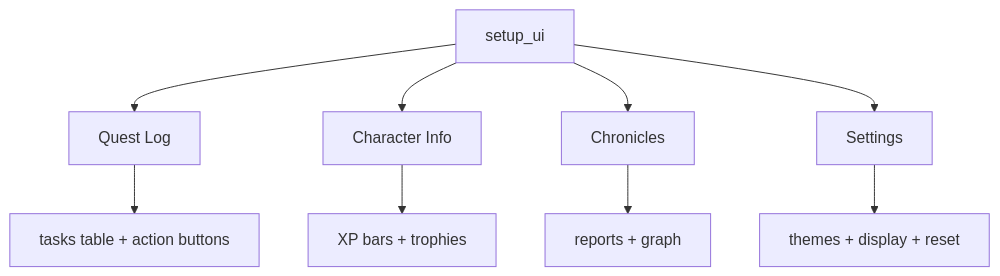
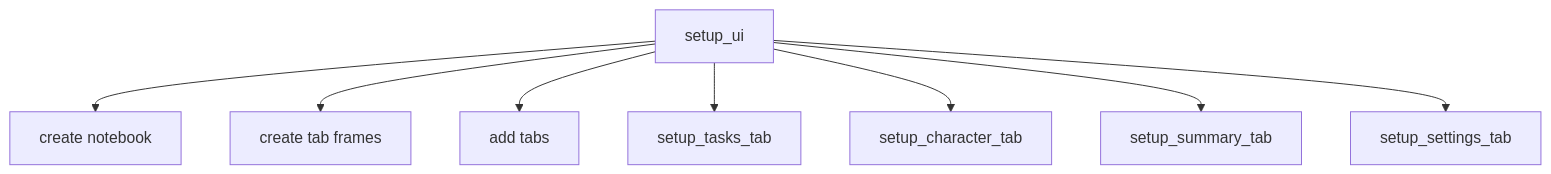
One commit to nimbold/LifeXP changed the fourth of 30 diagrams in docs/beginner-guide/02-intermediate.md. Above: the diagram before and after it, drawn with Mermaid. The commit also changed other lines of this file, not shown here.

````diff
--- a/docs/beginner-guide/02-intermediate.md
+++ b/docs/beginner-guide/02-intermediate.md
@@ -113,11 +202,10 @@
 ```mermaid
 flowchart TD
-    A["setup_ui"] --> B["Quest Log"]
-    A --> C["Character Info"]
-    A --> D["Chronicles"]
-    A --> E["Settings"]
-    B --> F["tasks table + action buttons"]
-    C --> G["XP bars + trophies"]
-    D --> H["reports + graph"]
-    E --> I["themes + display + reset"]
+    A["setup_ui"] --> B["create notebook"]
+    A --> C["create tab frames"]
+    A --> D["add tabs"]
+    A --> E["setup_tasks_tab"]
+    A --> F["setup_character_tab"]
+    A --> G["setup_summary_tab"]
+    A --> H["setup_settings_tab"]
 ```
````
